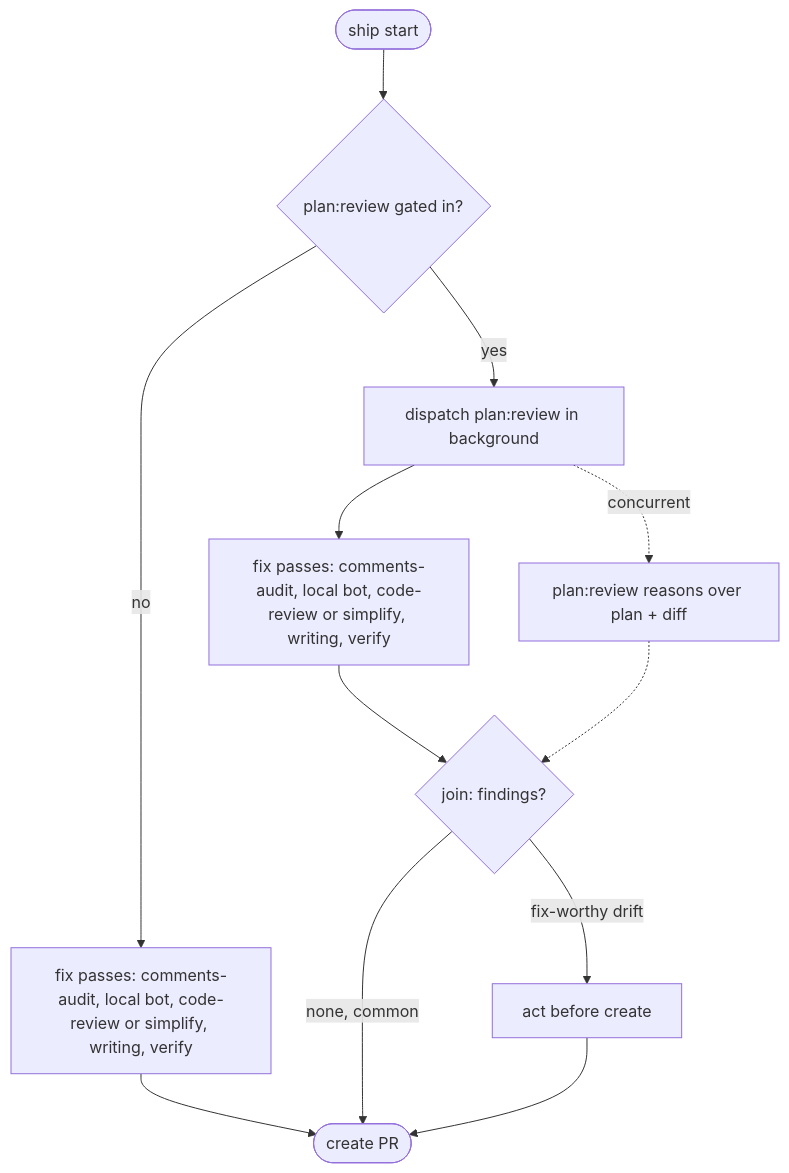
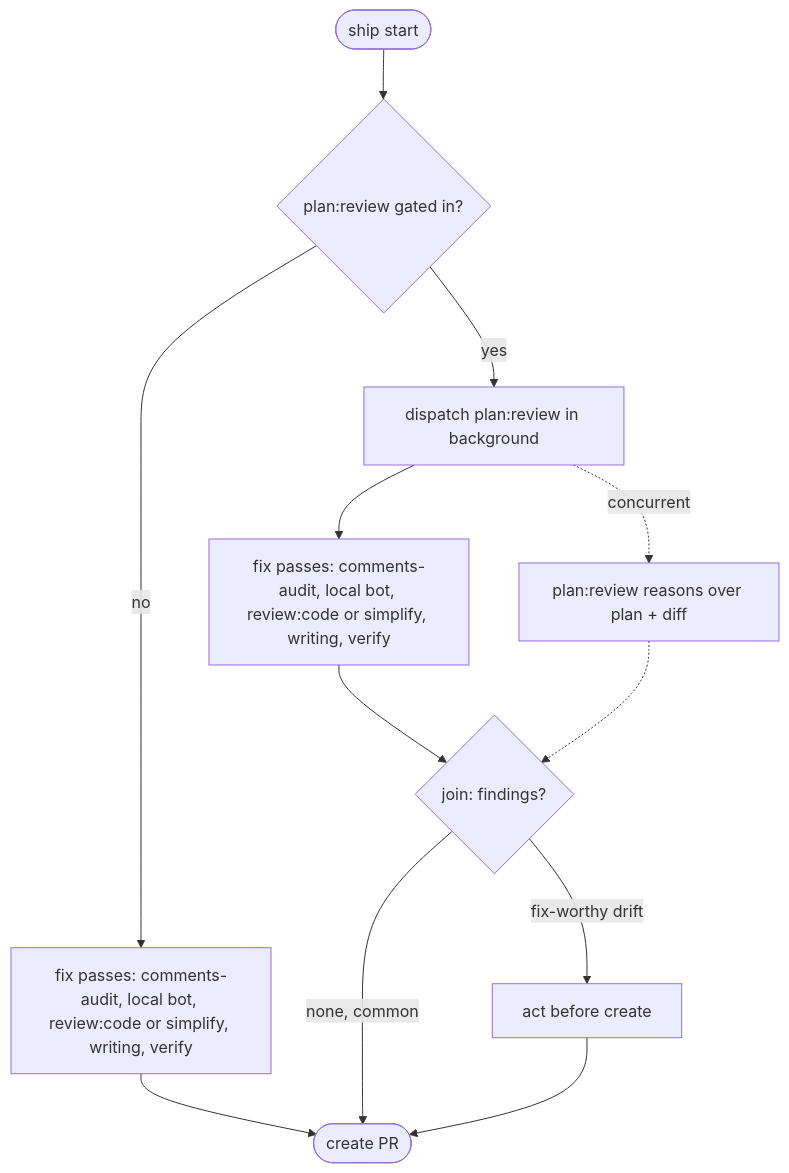
One commit to bendrucker/claude changed the diagram in user/skills/ship/references/passes.md. Above: the diagram before and after it, drawn with Mermaid. The commit also changed other lines of this file and 14 other files, not shown here.

First line of the commit message:
review: port the built-in code-review skill to review:code (#1084)

````diff
--- a/user/skills/ship/references/passes.md
+++ b/user/skills/ship/references/passes.md
@@ -26,14 +26,14 @@
 ```mermaid
 flowchart TD
     S([ship start]) --> G{plan:review gated in?}
-    G -->|no| F1[fix passes: comments-audit, local bot, code-review or simplify, writing, verify]
+    G -->|no| F1[fix passes: comments-audit, local bot, review:code or simplify, writing, verify]
     F1 --> C([create PR])
     G -->|yes| D[dispatch plan:review in background]
-    D --> F2[fix passes: comments-audit, local bot, code-review or simplify, writing, verify]
+    D --> F2[fix passes: comments-audit, local bot, review:code or simplify, writing, verify]
     D -. concurrent .-> R[plan:review reasons over plan + diff]
     F2 --> J{join: findings?}
     R -.-> J
     J -->|fix-worthy drift| A[act before create]
     J -->|none, common| C
     A --> C
 ```
````
